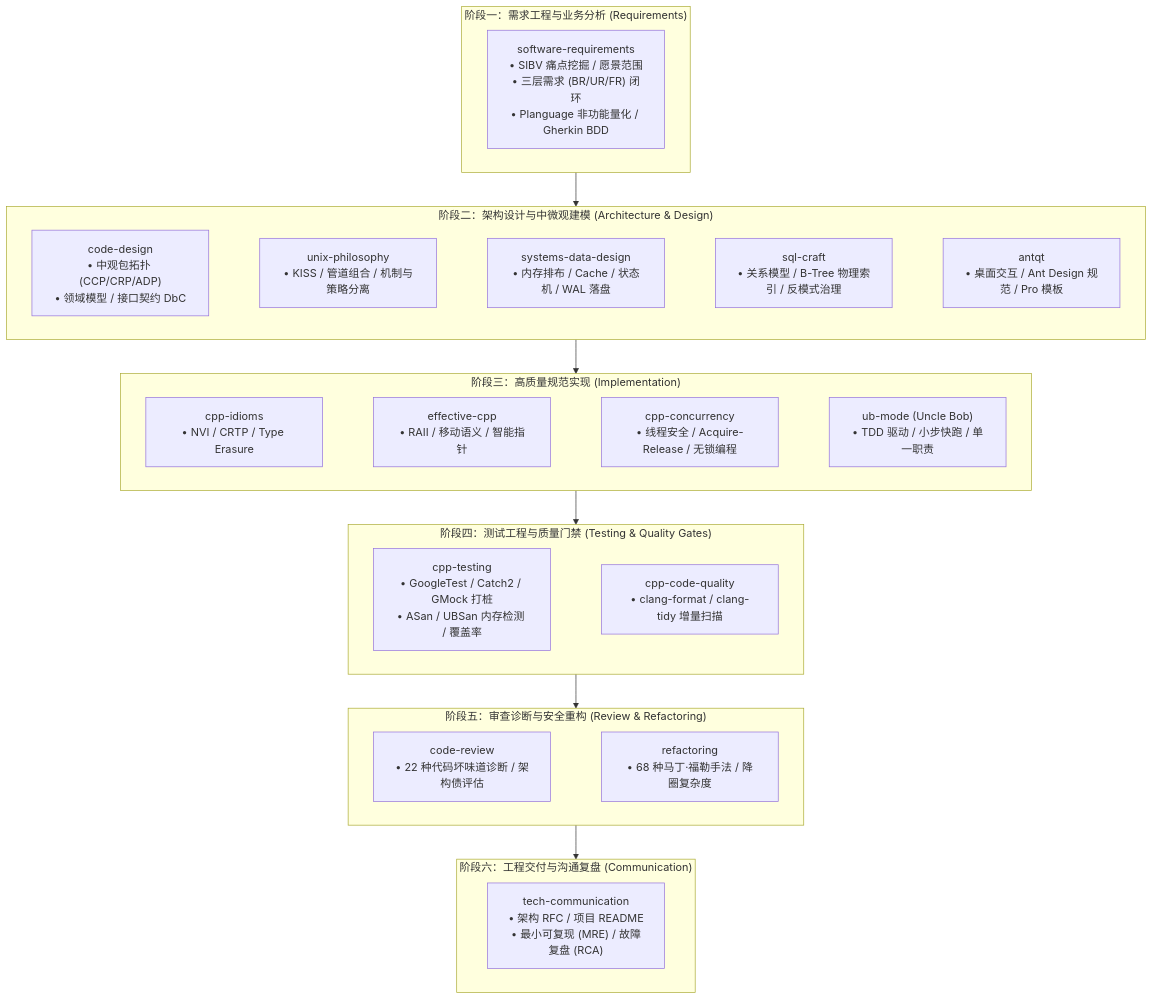
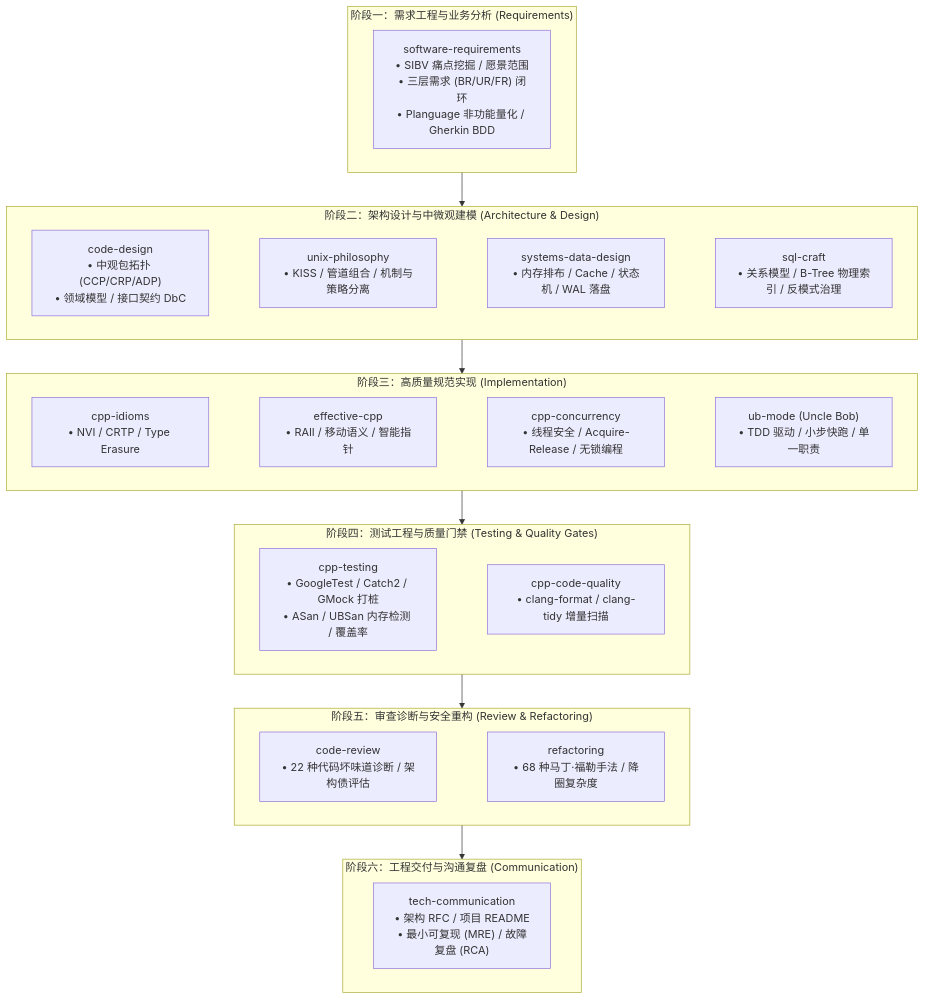
One commit to lilucpp/code-craft changed the second of 2 diagrams in README.md. Above: the diagram before and after it, drawn with Mermaid. The commit also changed other lines of this file and 46 other files, not shown here.

````diff
--- a/README.md
+++ b/README.md
@@ -75,51 +72,50 @@
 ```mermaid
 flowchart TD
     subgraph S1 ["阶段一：需求工程与业务分析 (Requirements)"]
         direction LR
         REQ["software-requirements<br>• SIBV 痛点挖掘 / 愿景范围<br>• 三层需求 (BR/UR/FR) 闭环<br>• Planguage 非功能量化 / Gherkin BDD"]
     end
 
     subgraph S2 ["阶段二：架构设计与中微观建模 (Architecture & Design)"]
         direction LR
         DIR["code-design<br>• 中观包拓扑 (CCP/CRP/ADP)<br>• 领域模型 / 接口契约 DbC"]
         UNIX["unix-philosophy<br>• KISS / 管道组合 / 机制与策略分离"]
         DATA["systems-data-design<br>• 内存排布 / Cache / 状态机 / WAL 落盘"]
         SQL["sql-craft<br>• 关系模型 / B-Tree 物理索引 / 反模式治理"]
-        UI["antqt<br>• 桌面交互 / Ant Design 规范 / Pro 模板"]
-        DIR ~~~ UNIX ~~~ DATA ~~~ SQL ~~~ UI
+        DIR ~~~ UNIX ~~~ DATA ~~~ SQL
     end
 
     subgraph S3 ["阶段三：高质量规范实现 (Implementation)"]
         direction LR
         CPP_IDIOM["cpp-idioms<br>• NVI / CRTP / Type Erasure"]
         EFF_CPP["effective-cpp<br>• RAII / 移动语义 / 智能指针"]
         CONCURRENCY["cpp-concurrency<br>• 线程安全 / Acquire-Release / 无锁编程"]
         UB["ub-mode (Uncle Bob)<br>• TDD 驱动 / 小步快跑 / 单一职责"]
         CPP_IDIOM ~~~ EFF_CPP ~~~ CONCURRENCY ~~~ UB
     end
 
     subgraph S4 ["阶段四：测试工程与质量门禁 (Testing & Quality Gates)"]
         direction LR
         TEST["cpp-testing<br>• GoogleTest / Catch2 / GMock 打桩<br>• ASan / UBSan 内存检测 / 覆盖率"]
         QUALITY["cpp-code-quality<br>• clang-format / clang-tidy 增量扫描"]
         TEST ~~~ QUALITY
     end
 
     subgraph S5 ["阶段五：审查诊断与安全重构 (Review & Refactoring)"]
         direction LR
         REVIEW["code-review<br>• 22 种代码坏味道诊断 / 架构债评估"]
         REFACTOR["refactoring<br>• 68 种马丁·福勒手法 / 降圈复杂度"]
         REVIEW ~~~ REFACTOR
     end
 
     subgraph S6 ["阶段六：工程交付与沟通复盘 (Communication)"]
         direction LR
         COMM["tech-communication<br>• 架构 RFC / 项目 README<br>• 最小可复现 (MRE) / 故障复盘 (RCA)"]
     end
 
     S1 --> S2
     S2 --> S3
     S3 --> S4
     S4 --> S5
     S5 --> S6
 ```
````
